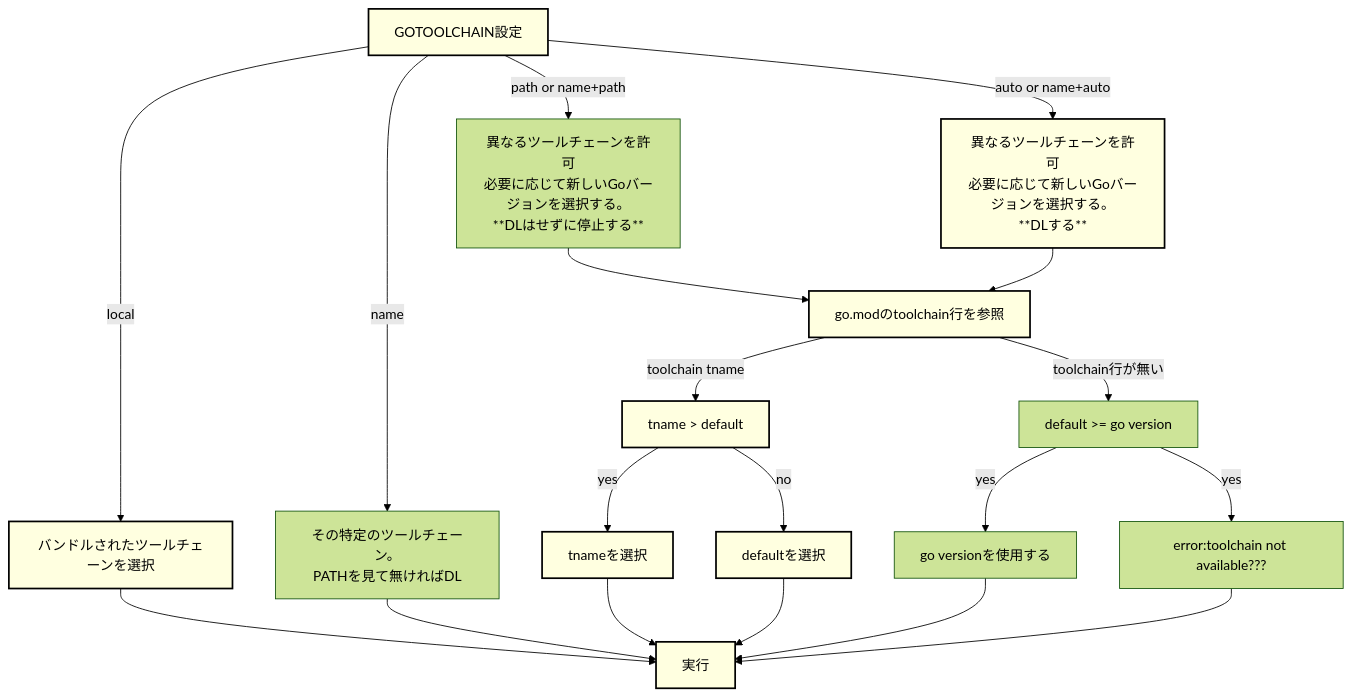
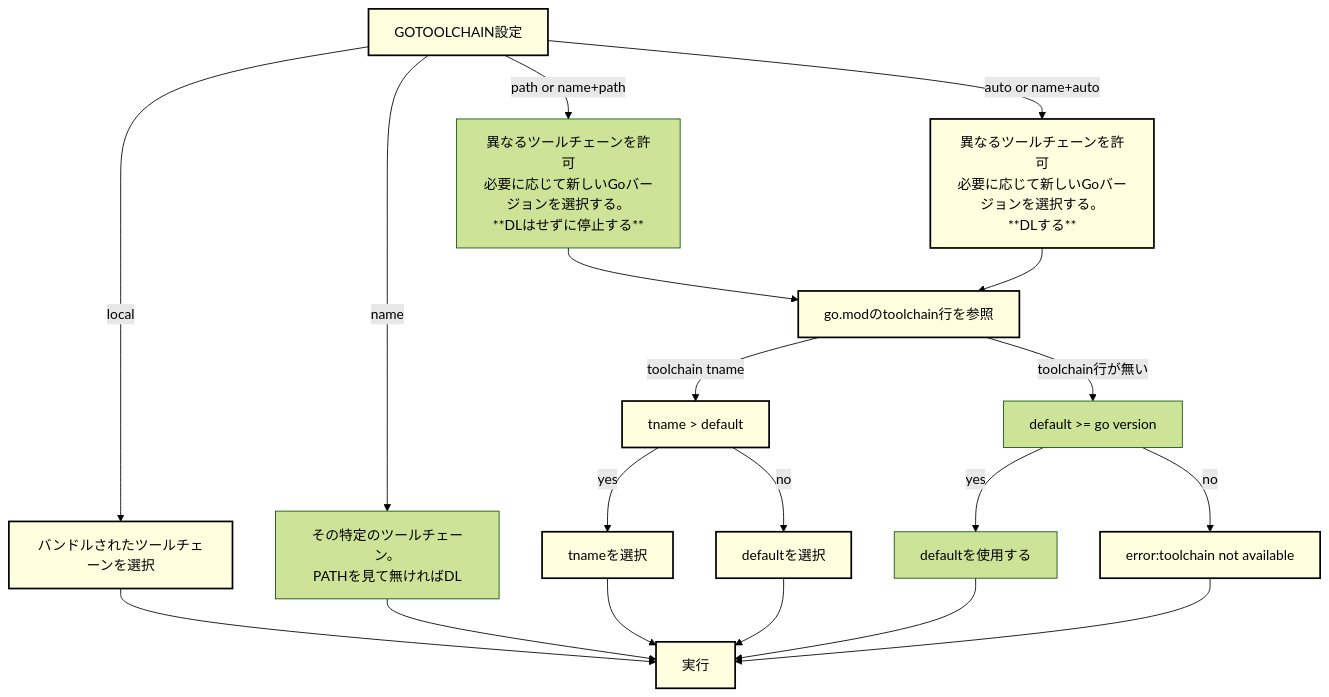
The diagram in gotoolchain/README.md (atushi-koga/go-example), drawn with Mermaid (forest theme) before and after one commit. The commit also changed other lines of this file and 6 other files, not shown here.

````diff
--- a/gotoolchain/README.md
+++ b/gotoolchain/README.md
@@ -6,30 +7,30 @@
 ```mermaid
 
 graph TD
     classDef lightYellow fill:#FFFFE0,stroke:#000,stroke-width:2px,color:#000;
     A[GOTOOLCHAIN設定]
     A -->|local| B[バンドルされたツールチェーンを選択]
     A -->|name| C[その特定のツールチェーン。<br>PATHを見て無ければDL]
     A -->|path or name+path| D[異なるツールチェーンを許可<br>必要に応じて新しいGoバージョンを選択する。<br>**DLはせずに停止する**]
     A -->|auto or name+auto| E[異なるツールチェーンを許可<br>必要に応じて新しいGoバージョンを選択する。<br>**DLする**]
 
     F[go.modのtoolchain行を参照]
     D --> F
     E --> F
     F -->|toolchain tname| H[tname > default]
     F -->|toolchain行が無い| I[default >= go version]
     H -->|yes| J[tnameを選択]
     H -->|no| K[defaultを選択]
-    I -->|yes| M[error:toolchain not available???]
-    I -->|yes| L[go versionを使用する]
+    I -->|yes| L[defaultを使用する]
+    I -->|no| M[error:toolchain not available]
         
     Z[実行]
     B --> Z
     C --> Z
     J --> Z
     K --> Z
     L --> Z
     M --> Z
 
-    class A,B,E,F,H,J,K,Z lightYellow;
+    class A,B,E,F,H,J,K,M,Z lightYellow;
 ```
````
